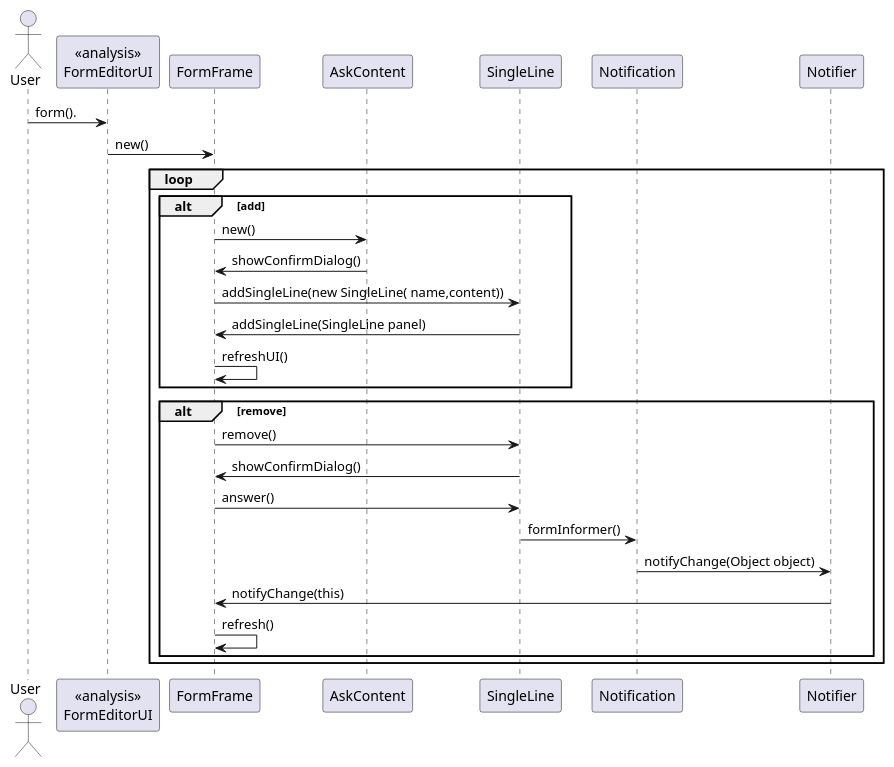
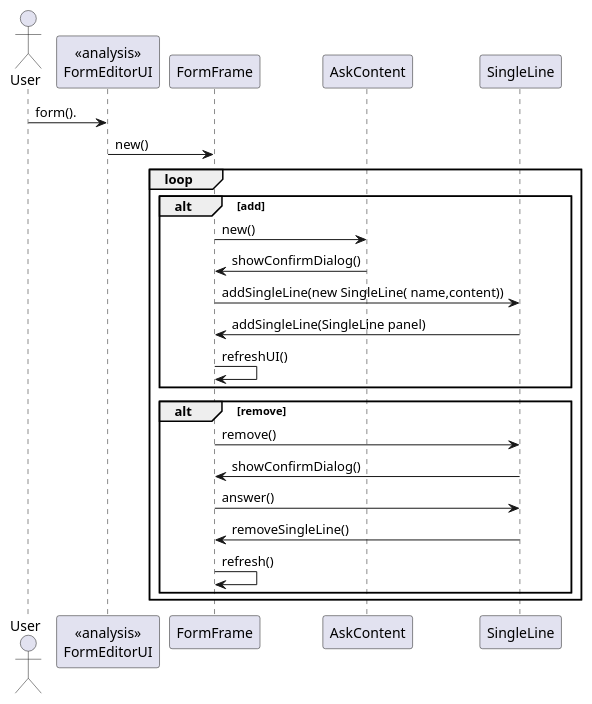
The diagram in src/main/java/csheets/worklog/n1141042/sprint2/forms_editor_design.puml (RubenTeixeira/cleansheets_isep_2dg_2016), drawn with PlantUML before and after one commit. The commit also changed 2 other files, not shown here.

```diff
--- a/src/main/java/csheets/worklog/n1141042/sprint2/forms_editor_design.puml
+++ b/src/main/java/csheets/worklog/n1141042/sprint2/forms_editor_design.puml
@@ -1,31 +1,28 @@
 @startuml doc-files/forms_editor_design.png
 
 actor User
 participant "<<analysis>>\nFormEditorUI" as FormEditorUI
 
 
 
 User->FormEditorUI: form().
 FormEditorUI->FormFrame: new()
 loop
 alt add
 FormFrame->AskContent: new()
 AskContent->FormFrame: showConfirmDialog()
 FormFrame->SingleLine: addSingleLine(new SingleLine( name,content))
 SingleLine->FormFrame: addSingleLine(SingleLine panel)
 FormFrame->FormFrame:  refreshUI()
 end
 alt remove
 FormFrame->SingleLine: remove()
 SingleLine->FormFrame: showConfirmDialog()
 FormFrame->SingleLine: answer()
-SingleLine->Notification:formInformer() 
-Notification->Notifier: notifyChange(Object object)
-
-Notifier->FormFrame: notifyChange(this)
+SingleLine->FormFrame: removeSingleLine()
 FormFrame->FormFrame: refresh()
 end
 
 end
 
 @enduml
```
